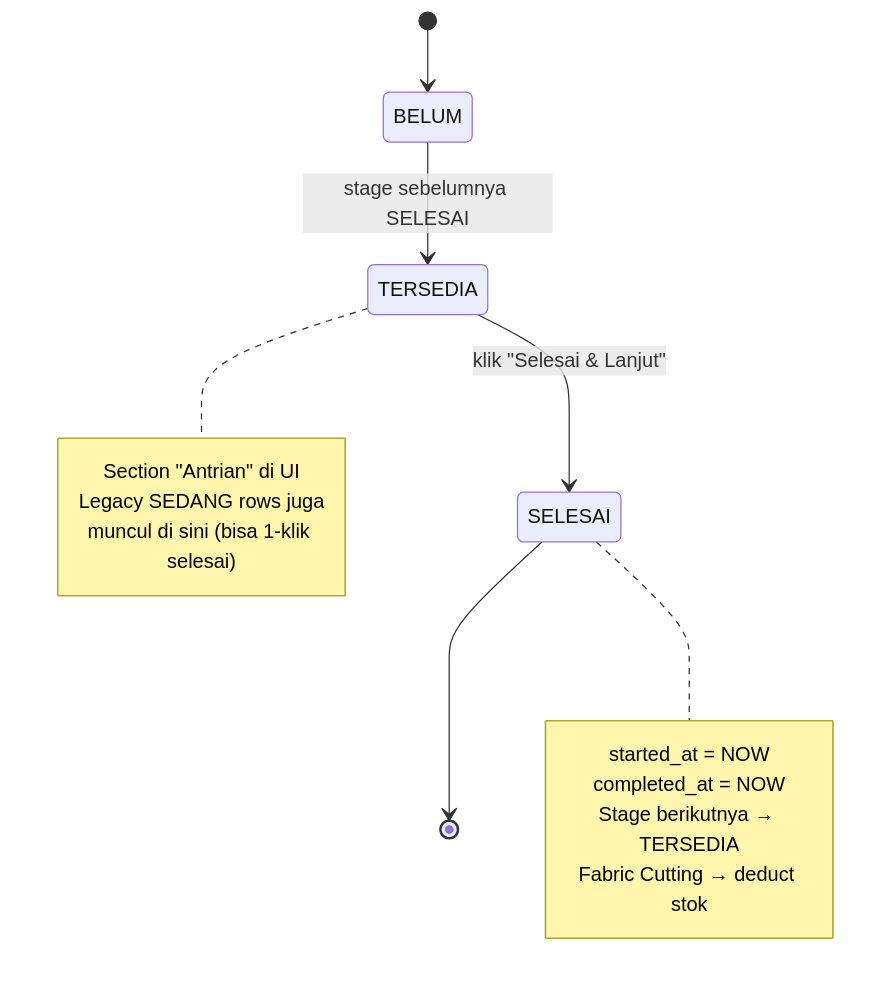
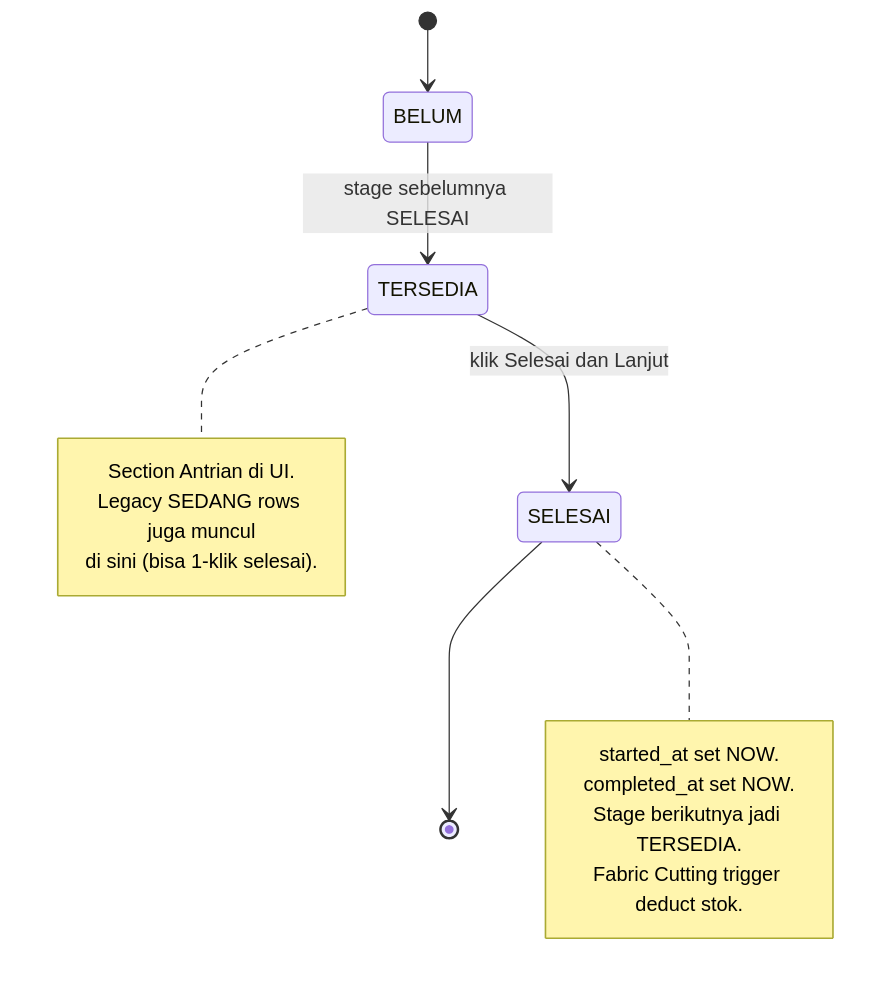
The fifth of 8 diagrams in README.md (EzraNahumury/web_crm), drawn with Mermaid before and after one commit. The commit also changed other lines of this file, not shown here.

First line of the commit message:
docs: quote mermaid node labels so GitHub renders all 8 diagrams

````diff
--- a/README.md
+++ b/README.md
@@ -325,20 +325,20 @@
 ```mermaid
 stateDiagram-v2
     [*] --> BELUM
     BELUM --> TERSEDIA: stage sebelumnya SELESAI
-    TERSEDIA --> SELESAI: klik "Selesai & Lanjut"
+    TERSEDIA --> SELESAI: klik Selesai dan Lanjut
     SELESAI --> [*]
 
     note right of TERSEDIA
-        Section "Antrian" di UI
-        Legacy SEDANG rows juga
-        muncul di sini (bisa 1-klik selesai)
+        Section Antrian di UI.
+        Legacy SEDANG rows juga muncul
+        di sini (bisa 1-klik selesai).
     end note
 
     note right of SELESAI
-        started_at = NOW
-        completed_at = NOW
-        Stage berikutnya → TERSEDIA
-        Fabric Cutting → deduct stok
+        started_at set NOW.
+        completed_at set NOW.
+        Stage berikutnya jadi TERSEDIA.
+        Fabric Cutting trigger deduct stok.
     end note
 ```
````
